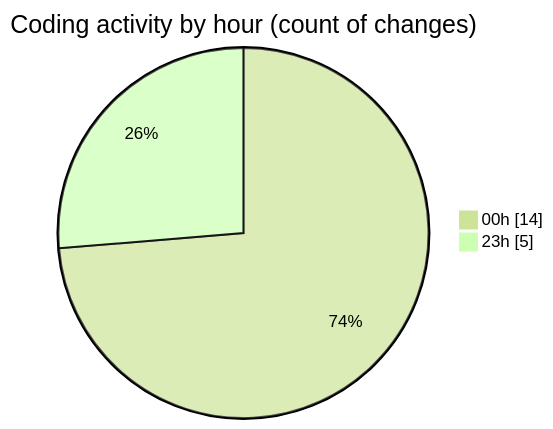
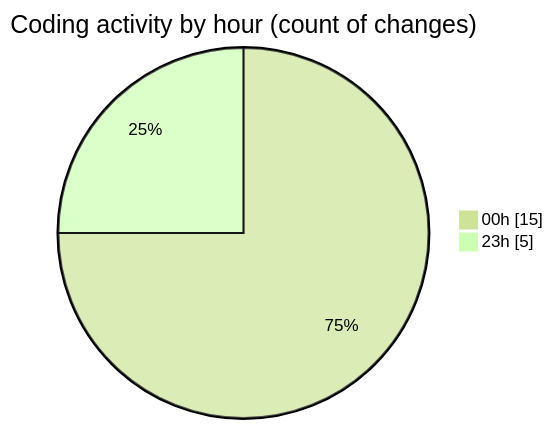
Before and after one commit to Ritupan-Deka/code-tracking: the second of 2 diagrams in 2025-06-14/projects/README.md, drawn with Mermaid (forest theme). The commit also changed other lines of this file and 1 other file, not shown here.

````diff
--- a/2025-06-14/projects/README.md
+++ b/2025-06-14/projects/README.md
@@ -38,6 +38,6 @@
 ```mermaid
 pie showData
 title Coding activity by hour (count of changes)
-"00h" : 14
+"00h" : 15
 "23h" : 5
 ```
````
